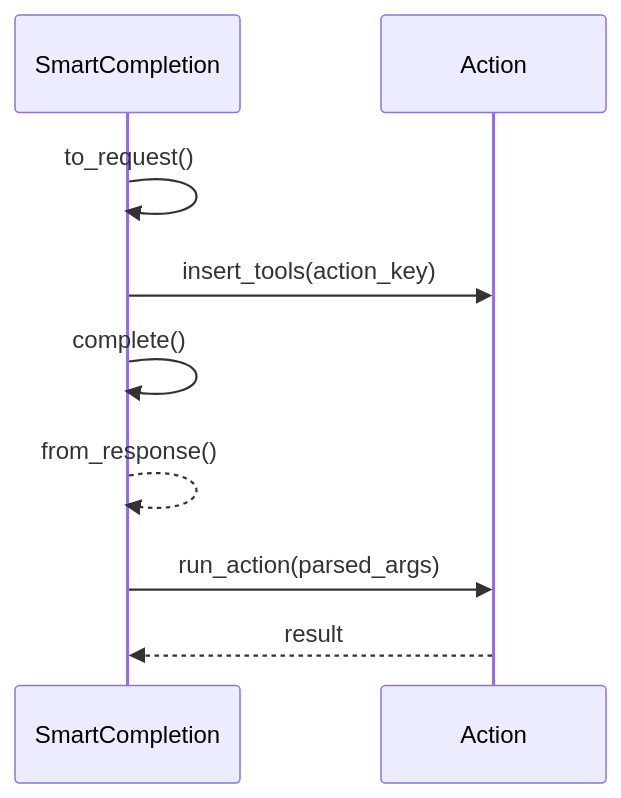
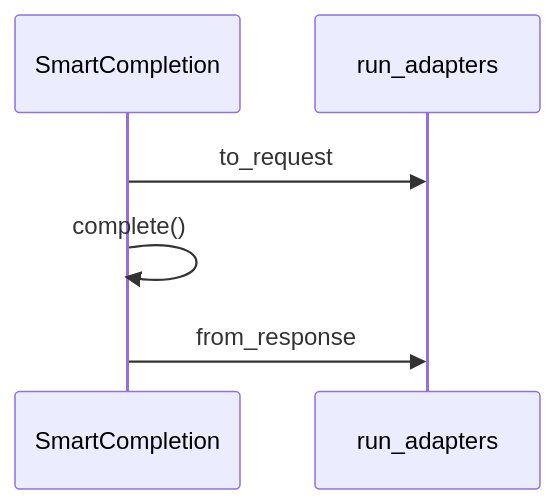
The diagram in smart-completions/spec.md (brianpetro/jsbrains), drawn with Mermaid before and after one commit. The commit also changed other lines of this file and 4 other files, not shown here.

Commit message:
feat: implement run_adapters utility for managing completion adapters in requests and responses

````diff
--- a/smart-completions/spec.md
+++ b/smart-completions/spec.md
@@ -170,11 +166,8 @@
 ```mermaid
 sequenceDiagram
 	participant I as SmartCompletion
-	participant A as Action
-	I->>I: to_request()
-	I->>A: insert_tools(action_key)
+	participant R as run_adapters
+	I->>R: to_request
 	I->>I: complete()
-	I-->>I: from_response()
-	I->>A: run_action(parsed_args)
-	A-->>I: result
+	I->>R: from_response
 ```
````
